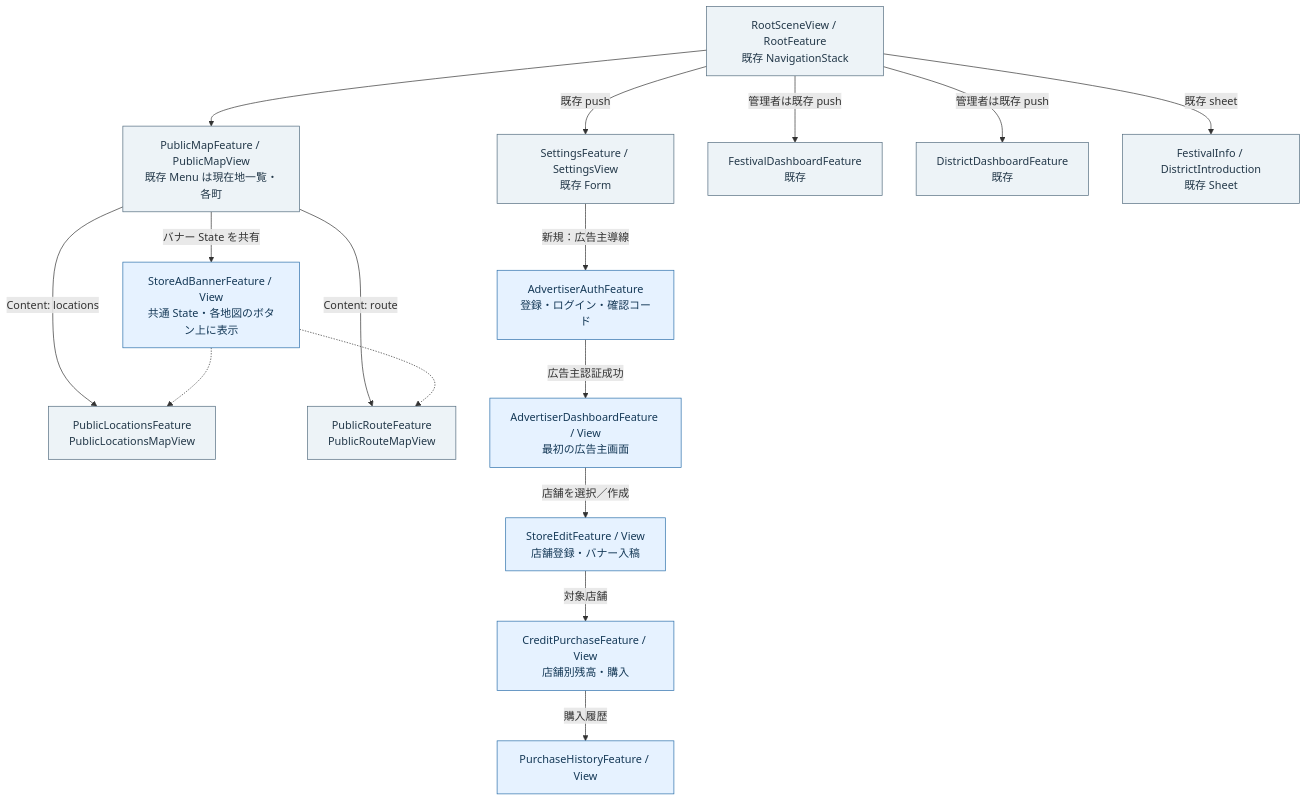
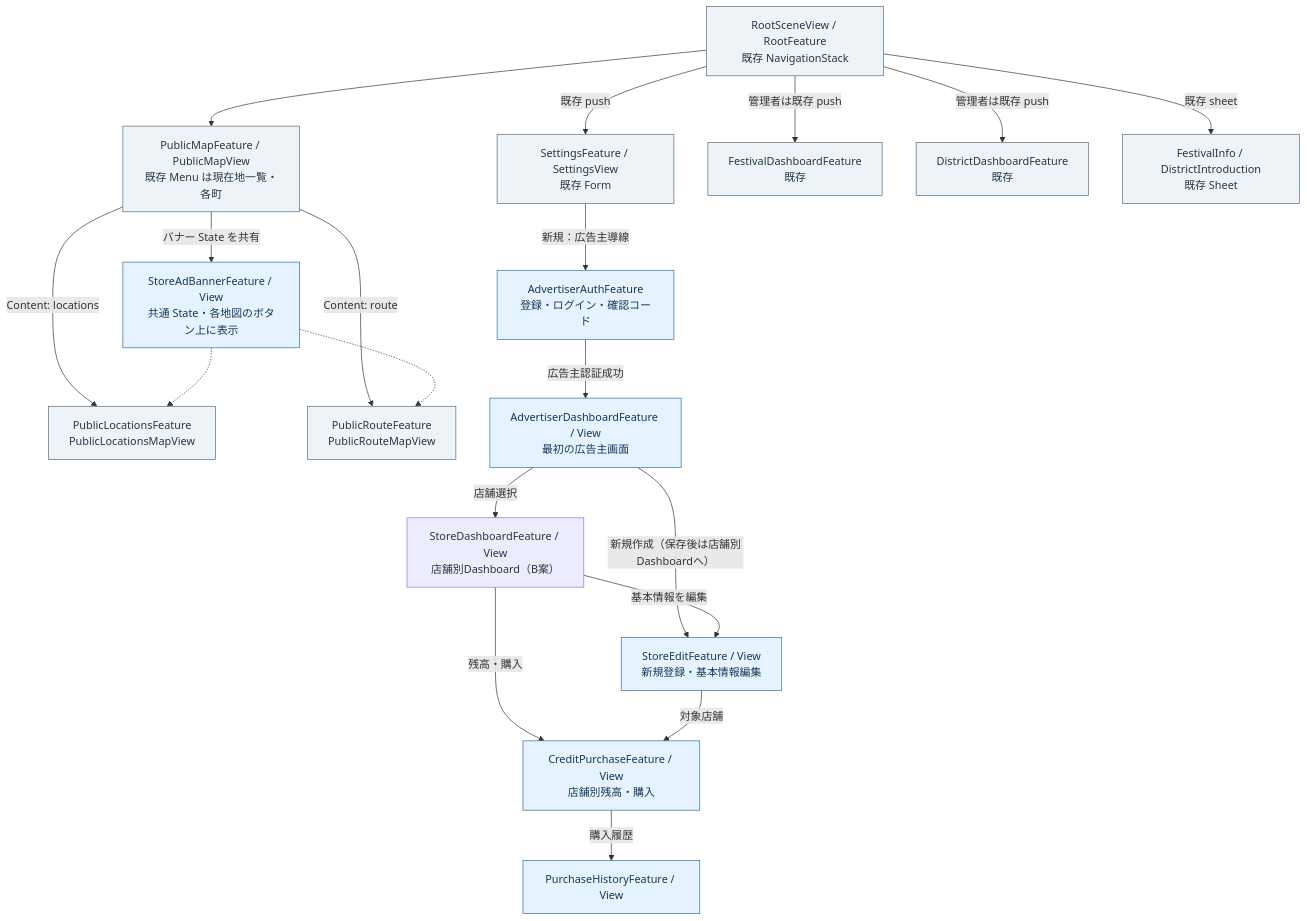
One commit to kmatsushita1012/MaTool changed the third of 6 diagrams in docs/projects/20261031_original_advertisement/ios-phase1.md. Above: the diagram before and after it, drawn with Mermaid. The commit also changed other lines of this file, not shown here.

Commit message:
docs: 第一段階からB案の店舗Dashboard設計を参照

````diff
--- a/docs/projects/20261031_original_advertisement/ios-phase1.md
+++ b/docs/projects/20261031_original_advertisement/ios-phase1.md
@@ -282,36 +283,40 @@
 ```mermaid
 flowchart TB
   Root["RootSceneView / RootFeature<br/>既存 NavigationStack"]
   Map["PublicMapFeature / PublicMapView<br/>既存 Menu は現在地一覧・各町"]
   Loc["PublicLocationsFeature<br/>PublicLocationsMapView"]
   Route["PublicRouteFeature<br/>PublicRouteMapView"]
   Banner["StoreAdBannerFeature / View<br/>共通 State・各地図のボタン上に表示"]
   Settings["SettingsFeature / SettingsView<br/>既存 Form"]
   Auth["AdvertiserAuthFeature<br/>登録・ログイン・確認コード"]
   Dashboard["AdvertiserDashboardFeature / View<br/>最初の広告主画面"]
-  Edit["StoreEditFeature / View<br/>店舗登録・バナー入稿"]
+  StoreDashboard["StoreDashboardFeature / View<br/>店舗別Dashboard（B案）"]
+  Edit["StoreEditFeature / View<br/>新規登録・基本情報編集"]
   Credit["CreditPurchaseFeature / View<br/>店舗別残高・購入"]
   History["PurchaseHistoryFeature / View"]
   Festival["FestivalDashboardFeature<br/>既存"]
   District["DistrictDashboardFeature<br/>既存"]
   Intro["FestivalInfo / DistrictIntroduction<br/>既存 Sheet"]
   Root --> Map
   Map -->|"Content: locations"| Loc
   Map -->|"Content: route"| Route
   Map -->|"バナー State を共有"| Banner
   Banner -.-> Loc
   Banner -.-> Route
   Root -->|"既存 push"| Settings
   Settings -->|"新規：広告主導線"| Auth
   Auth -->|"広告主認証成功"| Dashboard
-  Dashboard -->|"店舗を選択／作成"| Edit
+  Dashboard -->|"店舗選択"| StoreDashboard
+  Dashboard -->|"新規作成（保存後は店舗別Dashboardへ）"| Edit
+  StoreDashboard -->|"基本情報を編集"| Edit
+  StoreDashboard -->|"残高・購入"| Credit
   Edit -->|"対象店舗"| Credit
   Credit -->|"購入履歴"| History
   Root -->|"管理者は既存 push"| Festival
   Root -->|"管理者は既存 push"| District
   Root -->|"既存 sheet"| Intro
   classDef existing fill:#edf3f7,stroke:#526b7e,color:#233849
   classDef added fill:#e6f2ff,stroke:#2b6faa,color:#153957
   class Root,Map,Loc,Route,Settings,Festival,District,Intro existing
   class Banner,Auth,Dashboard,Edit,Credit,History added
 ```
````
